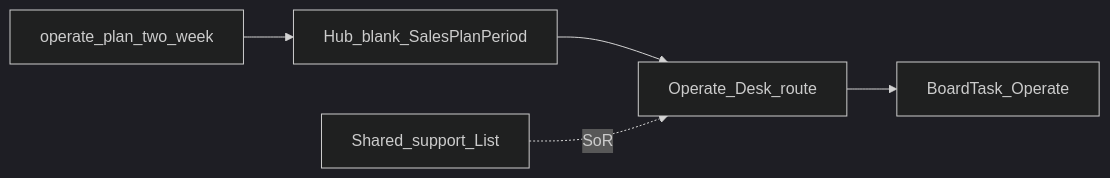
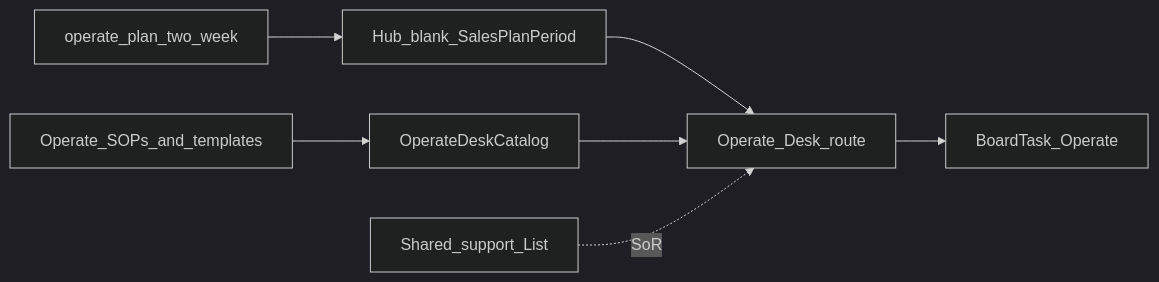
One commit to mkeslin/tls-docs-repo changed the diagram in internal/backlog/design/hub-operate-desk.md. Above: the diagram before and after it, drawn with Mermaid (dark theme). The commit also changed other lines of this file, not shown here.

First line of the commit message:
Document Operate Desk v0.2 checklist tools.

````diff
--- a/internal/backlog/design/hub-operate-desk.md
+++ b/internal/backlog/design/hub-operate-desk.md
@@ -61,7 +67,9 @@
 ```mermaid
 flowchart LR
   tpl[operate_plan_two_week] --> blank[Hub_blank_SalesPlanPeriod]
+  docs[Operate_SOPs_and_templates] --> catalog[OperateDeskCatalog]
   blank --> desk[Operate_Desk_route]
+  catalog --> desk
   desk --> board[BoardTask_Operate]
   list[Shared_support_List] -.->|SoR| desk
 ```
````
